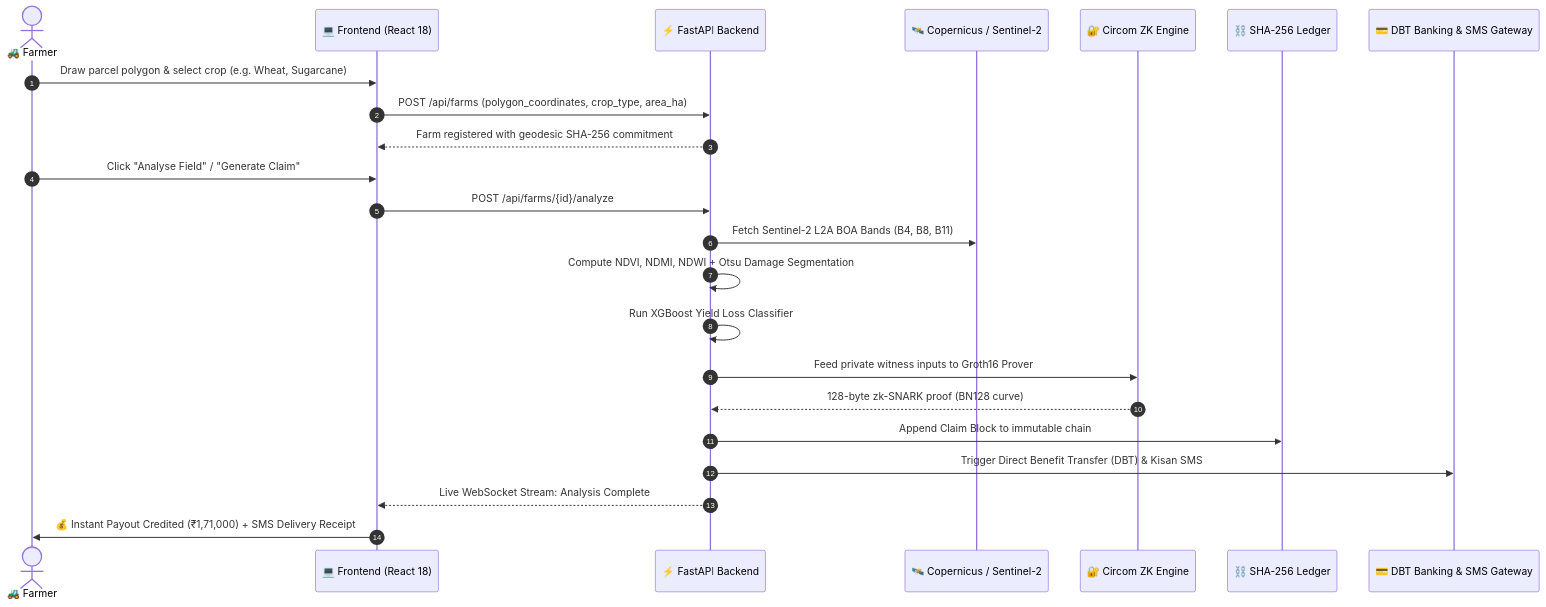
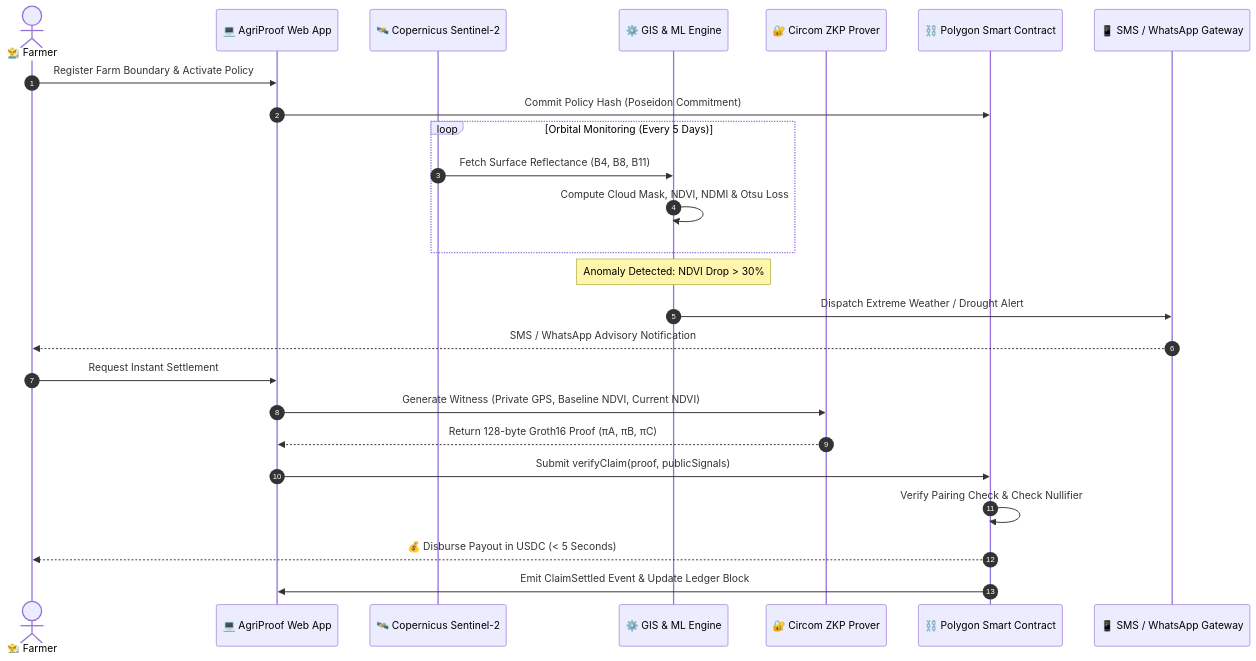
Before and after one commit to overhyped-pratham/agriproof-ai: the diagram in README.md, drawn with Mermaid. The commit also changed other lines of this file and 73 other files, not shown here.

````diff
--- a/README.md
+++ b/README.md
@@ -101,26 +152,28 @@
 ```mermaid
 sequenceDiagram
     autonumber
-    actor Farmer as 🚜 Farmer
-    participant UI as 💻 Frontend (React 18)
-    participant API as ⚡ FastAPI Backend
-    participant EO as 🛰️ Copernicus / Sentinel-2
-    participant ZK as 🔐 Circom ZK Engine
-    participant Ledger as ⛓️ SHA-256 Ledger
-    participant Bank as 💳 DBT Banking & SMS Gateway
+    actor Farmer as 👨‍🌾 Farmer
+    participant App as 💻 AgriProof Web App
+    participant Sat as 🛰️ Copernicus Sentinel-2
+    participant Pipeline as ⚙️ GIS & ML Engine
+    participant ZK as 🔐 Circom ZKP Prover
+    participant Contract as ⛓️ Polygon Smart Contract
+    participant Twilio as 📱 SMS / WhatsApp Gateway
 
-    Farmer->>UI: Draw parcel polygon & select crop (e.g. Wheat, Sugarcane)
-    UI->>API: POST /api/farms (polygon_coordinates, crop_type, area_ha)
-    API-->>UI: Farm registered with geodesic SHA-256 commitment
-    Farmer->>UI: Click "Analyse Field" / "Generate Claim"
-    UI->>API: POST /api/farms/{id}/analyze
-    API->>EO: Fetch Sentinel-2 L2A BOA Bands (B4, B8, B11)
-    API->>API: Compute NDVI, NDMI, NDWI + Otsu Damage Segmentation
-    API->>API: Run XGBoost Yield Loss Classifier
-    API->>ZK: Feed private witness inputs to Groth16 Prover
-    ZK-->>API: 128-byte zk-SNARK proof (BN128 curve)
-    API->>Ledger: Append Claim Block to immutable chain
-    API->>Bank: Trigger Direct Benefit Transfer (DBT) & Kisan SMS
-    API-->>UI: Live WebSocket Stream: Analysis Complete
-    UI->>Farmer: 💰 Instant Payout Credited (₹1,71,000) + SMS Delivery Receipt
+    Farmer->>App: Register Farm Boundary & Activate Policy
+    App->>Contract: Commit Policy Hash (Poseidon Commitment)
+    loop Orbital Monitoring (Every 5 Days)
+        Sat->>Pipeline: Fetch Surface Reflectance (B4, B8, B11)
+        Pipeline->>Pipeline: Compute Cloud Mask, NDVI, NDMI & Otsu Loss
+    end
+    Note over Pipeline: Anomaly Detected: NDVI Drop > 30%
+    Pipeline->>Twilio: Dispatch Extreme Weather / Drought Alert
+    Twilio-->>Farmer: SMS / WhatsApp Advisory Notification
+    Farmer->>App: Request Instant Settlement
+    App->>ZK: Generate Witness (Private GPS, Baseline NDVI, Current NDVI)
+    ZK-->>App: Return 128-byte Groth16 Proof (πA, πB, πC)
+    App->>Contract: Submit verifyClaim(proof, publicSignals)
+    Contract->>Contract: Verify Pairing Check & Check Nullifier
+    Contract-->>Farmer: 💰 Disburse Payout in USDC (< 5 Seconds)
+    Contract->>App: Emit ClaimSettled Event & Update Ledger Block
 ```
````
